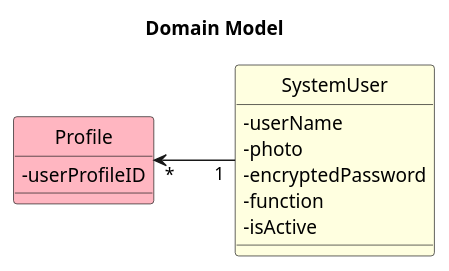
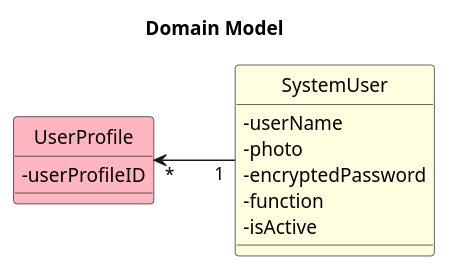
Before and after one commit to nunogon1211787/projectManagement: the diagram in docs/Sprint1/US003/US003-DM.puml, drawn with PlantUML. The commit also changed 20 other files, not shown here.

```diff
--- a/docs/Sprint1/US003/US003-DM.puml
+++ b/docs/Sprint1/US003/US003-DM.puml
@@ -1,27 +1,27 @@
 @startuml
 'https://plantuml.com/class-diagram
 
 
 'Layout Format---------------------------------------------
 left to right direction
 hide circle
 skinparam classAttributeIconSize 0
 
 
 title Domain Model
 
-class Profile #lightpink{
+class UserProfile #lightpink{
 -userProfileID
 }
 
 class SystemUser #lightyellow{
 -userName
 -photo
 -encryptedPassword
 -function
 -isActive
 }
 
-Profile "*" <-- "1" SystemUser
+UserProfile "*" <-- "1" SystemUser
 
 @enduml
```
